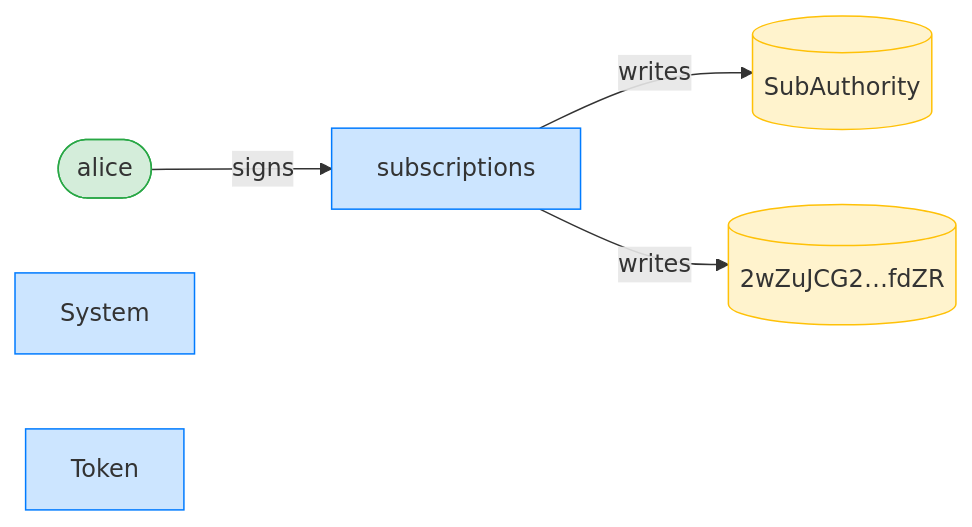
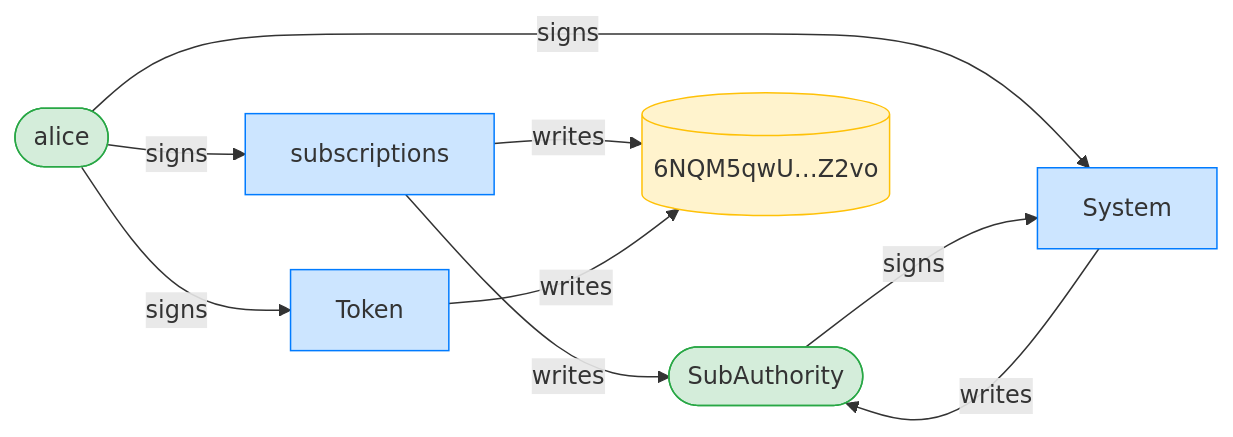
The third of 4 diagrams in dsl_tests/survive-a-pre-funded-pda.md (cds-rs/subscriptions), drawn with Mermaid before and after one commit. The commit also changed other lines of this file and 224 other files, not shown here.

````diff
--- a/dsl_tests/survive-a-pre-funded-pda.md
+++ b/dsl_tests/survive-a-pre-funded-pda.md
@@ -63,15 +64,20 @@
 ```mermaid
 flowchart LR
     classDef signer fill:#d4edda,stroke:#28a745;
     classDef program fill:#cce5ff,stroke:#007bff;
     classDef writable fill:#fff3cd,stroke:#ffc107;
     subscriptions[subscriptions]:::program
     alice([alice]):::signer
-    SubAuthority[(SubAuthority)]:::writable
-    2wZuJCG2_fdZR[("2wZuJCG2…fdZR")]:::writable
+    SubAuthority([SubAuthority]):::signer
+    6NQM5qwU_Z2vo[("6NQM5qwU…Z2vo")]:::writable
     System[System]:::program
     Token[Token]:::program
     alice -->|signs| subscriptions
+    alice -->|signs| System
+    SubAuthority -->|signs| System
+    alice -->|signs| Token
     subscriptions -->|writes| SubAuthority
-    subscriptions -->|writes| 2wZuJCG2_fdZR
+    subscriptions -->|writes| 6NQM5qwU_Z2vo
+    System -->|writes| SubAuthority
+    Token -->|writes| 6NQM5qwU_Z2vo
 ```
````
